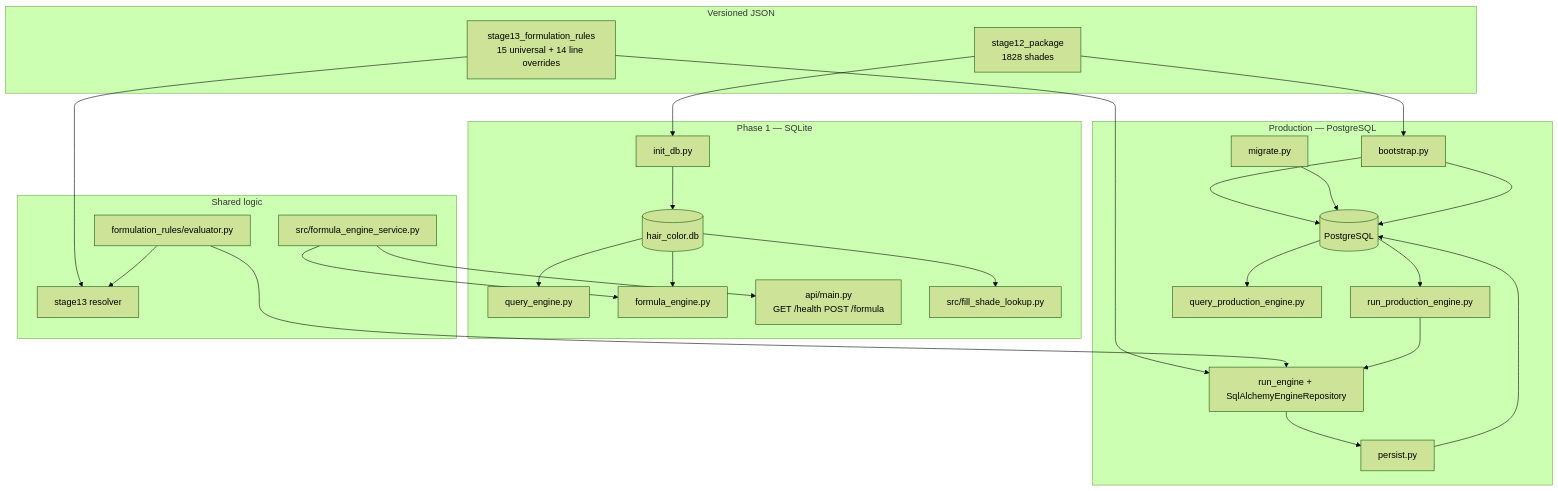
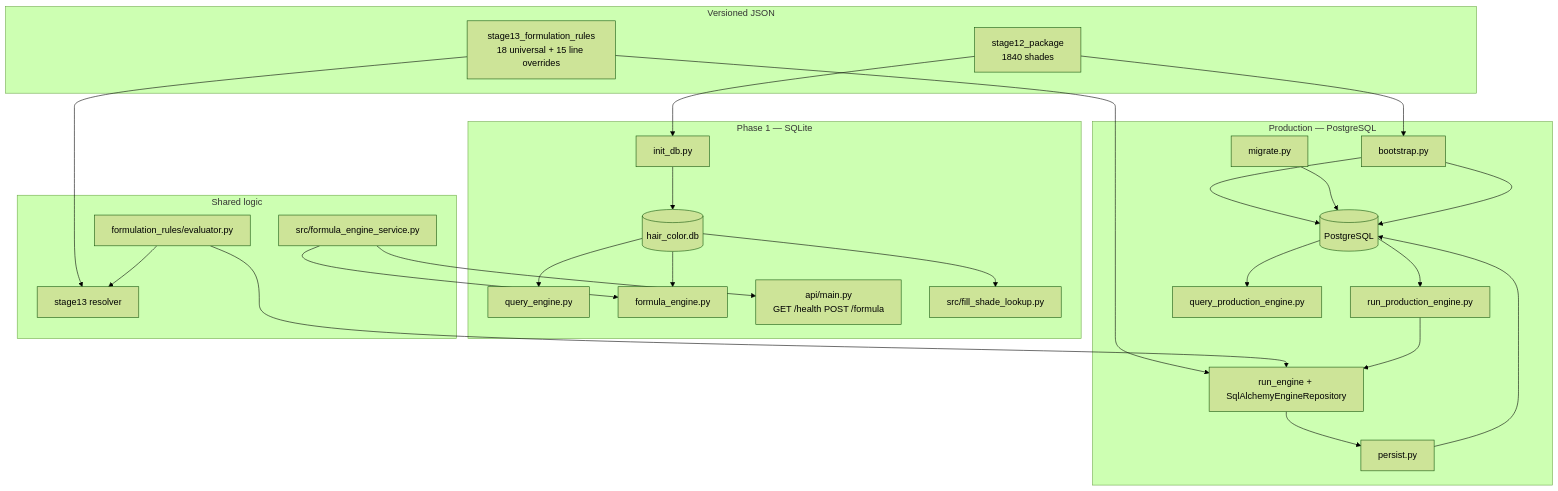
Before and after one commit to JamesFletty/Python-color-bot: the diagram in docs/IMPLEMENTATION_STATUS.md, drawn with Mermaid (forest theme). The commit also changed other lines of this file and 16 other files, not shown here.

````diff
--- a/docs/IMPLEMENTATION_STATUS.md
+++ b/docs/IMPLEMENTATION_STATUS.md
@@ -27,49 +27,49 @@
 ```mermaid
 flowchart TB
     subgraph Artifacts["Versioned JSON"]
-        S12[stage12_package<br/>1828 shades]
-        S13[stage13_formulation_rules<br/>15 universal + 14 line overrides]
+        S12[stage12_package<br/>1840 shades]
+        S13[stage13_formulation_rules<br/>18 universal + 15 line overrides]
     end
 
     subgraph SQLite["Phase 1 — SQLite"]
         INIT[init_db.py]
         DB[(hair_color.db)]
         QUERY[query_engine.py]
         FORM[formula_engine.py]
         API[api/main.py<br/>GET /health POST /formula]
         FILL[src/fill_shade_lookup.py]
     end
 
     subgraph PG["Production — PostgreSQL"]
         MIG[migrate.py]
         BOOT[bootstrap.py]
         PGDB[(PostgreSQL)]
         RUN[run_production_engine.py]
         QPG[query_production_engine.py]
         ENG[run_engine + SqlAlchemyEngineRepository]
         PERSIST[persist.py]
     end
 
     subgraph Shared["Shared logic"]
         RES[stage13 resolver]
         EVAL[formulation_rules/evaluator.py]
         SVC[src/formula_engine_service.py]
     end
 
     S12 --> INIT --> DB
     S12 --> BOOT --> PGDB
     S13 --> RES
     S13 --> ENG
     EVAL --> RES
     EVAL --> ENG
     DB --> QUERY
     DB --> FORM
     DB --> FILL
     SVC --> FORM
     SVC --> API
     MIG --> PGDB
     BOOT --> PGDB
     PGDB --> RUN --> ENG
     PGDB --> QPG
     ENG --> PERSIST --> PGDB
 ```
````
